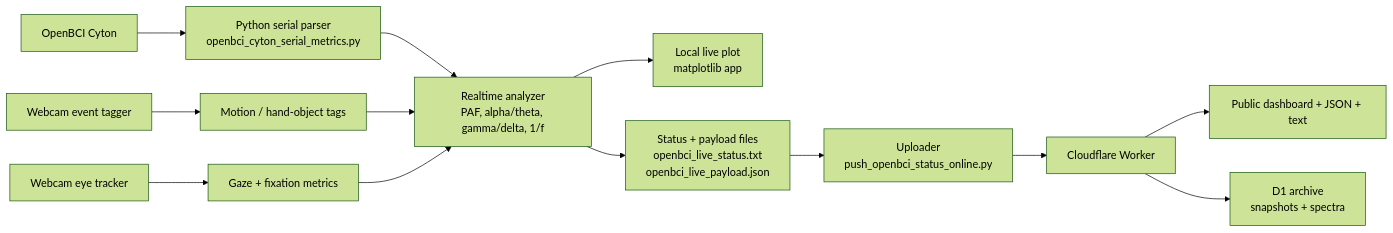
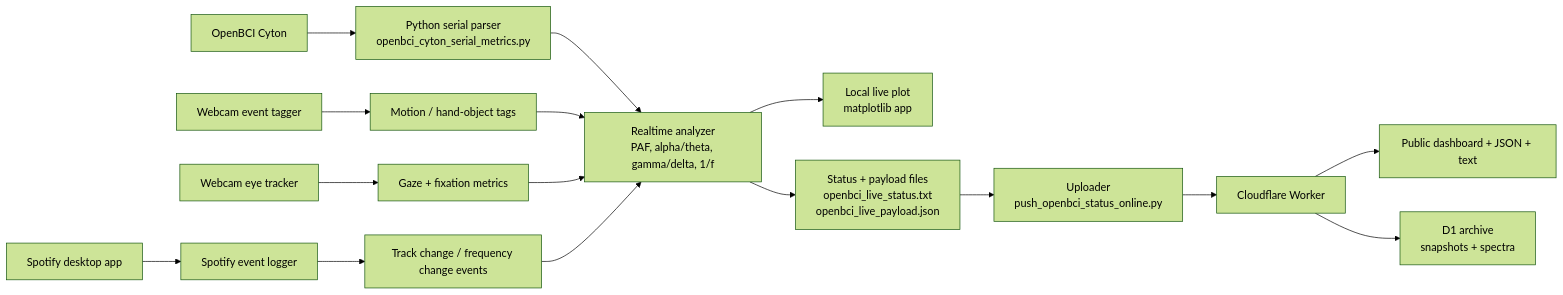
One commit to InquilineKea/openbci-motion-tracking-2026-03-28 changed the diagram in README.md. Above: the diagram before and after it, drawn with Mermaid (forest theme). The commit also changed other lines of this file and 9 other files, not shown here.

````diff
--- a/README.md
+++ b/README.md
@@ -25,15 +30,18 @@
 ```mermaid
 flowchart LR
     A["OpenBCI Cyton"] --> B["Python serial parser<br/>openbci_cyton_serial_metrics.py"]
     B --> C["Realtime analyzer<br/>PAF, alpha/theta, gamma/delta, 1/f"]
     C --> D["Local live plot<br/>matplotlib app"]
     C --> E["Status + payload files<br/>openbci_live_status.txt<br/>openbci_live_payload.json"]
     E --> F["Uploader<br/>push_openbci_status_online.py"]
     F --> G["Cloudflare Worker"]
     G --> H["Public dashboard + JSON + text"]
     G --> I["D1 archive<br/>snapshots + spectra"]
     J["Webcam event tagger"] --> K["Motion / hand-object tags"]
     L["Webcam eye tracker"] --> M["Gaze + fixation metrics"]
+    N["Spotify desktop app"] --> O["Spotify event logger"]
+    O --> P["Track change / frequency change events"]
     K --> C
     M --> C
+    P --> C
 ```
````
